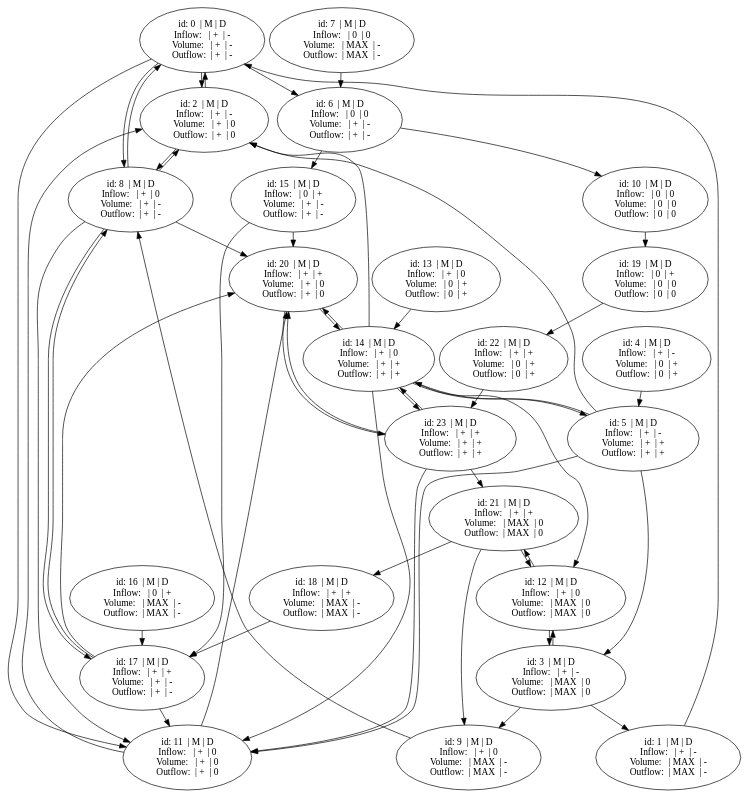
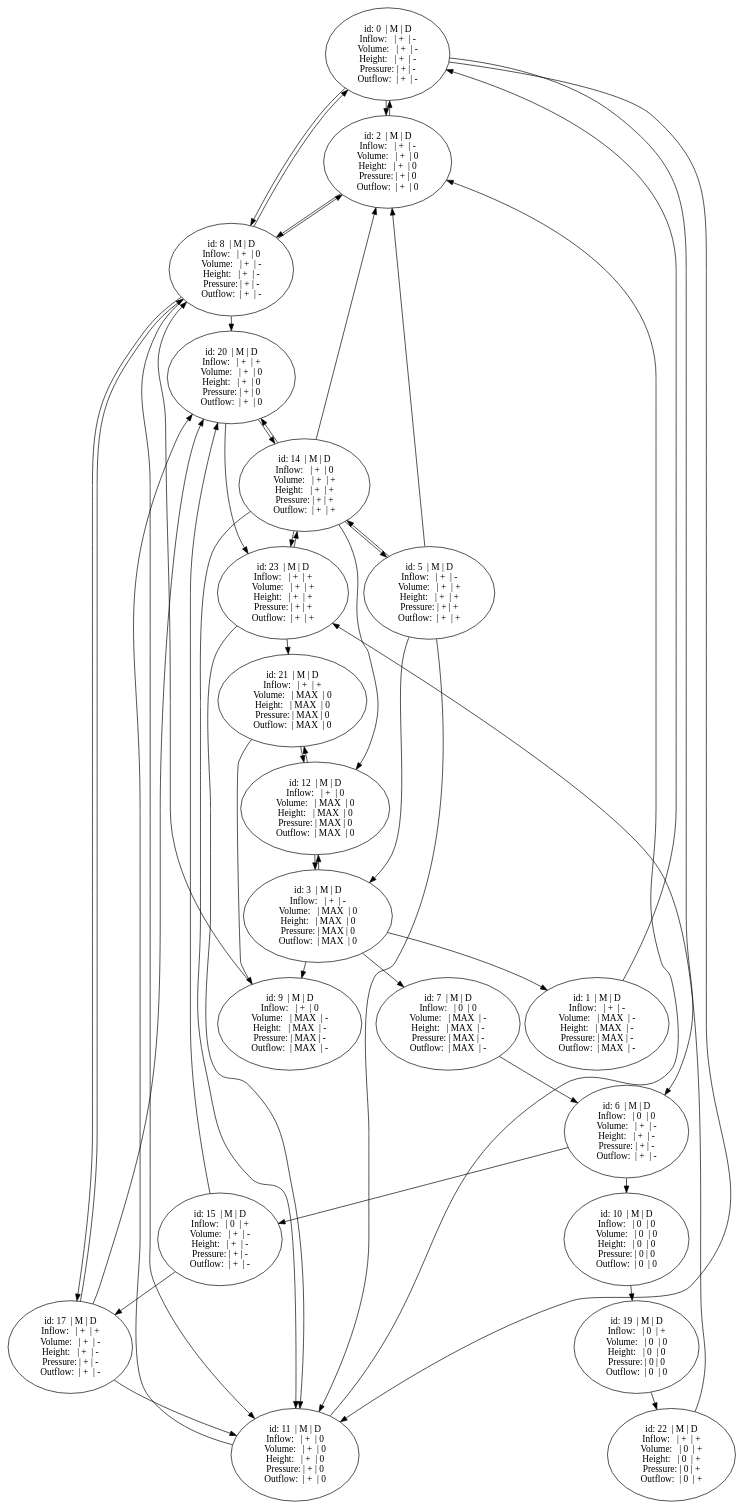
Before and after one commit to JappaB/Knowledge_Representation: the diagram in QR assignment/graph.gv, drawn with Graphviz. The commit also changed 2 other files, not shown here.

```diff
--- a/QR assignment/graph.gv
+++ b/QR assignment/graph.gv
@@ -1,177 +1,192 @@
 digraph {
 	graph [center=true margin=0.2 nodesep=0.1 rankdir=UD ranksep=0.3]
 		0 [label="id: 0  | M | D 
 Inflow:   | +  | -
 Volume:   | +  | -
+Height:   | +  | -
+Pressure: | + | -
 Outflow:  | +  | -
 "]
 		1 [label="id: 1  | M | D 
 Inflow:   | +  | -
 Volume:   | MAX  | -
+Height:   | MAX  | -
+Pressure: | MAX | -
 Outflow:  | MAX  | -
 "]
 		2 [label="id: 2  | M | D 
 Inflow:   | +  | -
 Volume:   | +  | 0
+Height:   | +  | 0
+Pressure: | + | 0
 Outflow:  | +  | 0
 "]
 		3 [label="id: 3  | M | D 
 Inflow:   | +  | -
 Volume:   | MAX  | 0
+Height:   | MAX  | 0
+Pressure: | MAX | 0
 Outflow:  | MAX  | 0
-"]
-		4 [label="id: 4  | M | D 
-Inflow:   | +  | -
-Volume:   | 0  | +
-Outflow:  | 0  | +
 "]
 		5 [label="id: 5  | M | D 
 Inflow:   | +  | -
 Volume:   | +  | +
+Height:   | +  | +
+Pressure: | + | +
 Outflow:  | +  | +
 "]
 		6 [label="id: 6  | M | D 
 Inflow:   | 0  | 0
 Volume:   | +  | -
+Height:   | +  | -
+Pressure: | + | -
 Outflow:  | +  | -
 "]
 		7 [label="id: 7  | M | D 
 Inflow:   | 0  | 0
 Volume:   | MAX  | -
+Height:   | MAX  | -
+Pressure: | MAX | -
 Outflow:  | MAX  | -
 "]
 		8 [label="id: 8  | M | D 
 Inflow:   | +  | 0
 Volume:   | +  | -
+Height:   | +  | -
+Pressure: | + | -
 Outflow:  | +  | -
 "]
 		9 [label="id: 9  | M | D 
 Inflow:   | +  | 0
 Volume:   | MAX  | -
+Height:   | MAX  | -
+Pressure: | MAX | -
 Outflow:  | MAX  | -
 "]
 		10 [label="id: 10  | M | D 
 Inflow:   | 0  | 0
 Volume:   | 0  | 0
+Height:   | 0  | 0
+Pressure: | 0 | 0
 Outflow:  | 0  | 0
 "]
 		11 [label="id: 11  | M | D 
 Inflow:   | +  | 0
 Volume:   | +  | 0
+Height:   | +  | 0
+Pressure: | + | 0
 Outflow:  | +  | 0
 "]
 		12 [label="id: 12  | M | D 
 Inflow:   | +  | 0
 Volume:   | MAX  | 0
+Height:   | MAX  | 0
+Pressure: | MAX | 0
 Outflow:  | MAX  | 0
-"]
-		13 [label="id: 13  | M | D 
-Inflow:   | +  | 0
-Volume:   | 0  | +
-Outflow:  | 0  | +
 "]
 		14 [label="id: 14  | M | D 
 Inflow:   | +  | 0
 Volume:   | +  | +
+Height:   | +  | +
+Pressure: | + | +
 Outflow:  | +  | +
 "]
 		15 [label="id: 15  | M | D 
 Inflow:   | 0  | +
 Volume:   | +  | -
+Height:   | +  | -
+Pressure: | + | -
 Outflow:  | +  | -
-"]
-		16 [label="id: 16  | M | D 
-Inflow:   | 0  | +
-Volume:   | MAX  | -
-Outflow:  | MAX  | -
 "]
 		17 [label="id: 17  | M | D 
 Inflow:   | +  | +
 Volume:   | +  | -
+Height:   | +  | -
+Pressure: | + | -
 Outflow:  | +  | -
-"]
-		18 [label="id: 18  | M | D 
-Inflow:   | +  | +
-Volume:   | MAX  | -
-Outflow:  | MAX  | -
 "]
 		19 [label="id: 19  | M | D 
 Inflow:   | 0  | +
 Volume:   | 0  | 0
+Height:   | 0  | 0
+Pressure: | 0 | 0
 Outflow:  | 0  | 0
 "]
 		20 [label="id: 20  | M | D 
 Inflow:   | +  | +
 Volume:   | +  | 0
+Height:   | +  | 0
+Pressure: | + | 0
 Outflow:  | +  | 0
 "]
 		21 [label="id: 21  | M | D 
 Inflow:   | +  | +
 Volume:   | MAX  | 0
+Height:   | MAX  | 0
+Pressure: | MAX | 0
 Outflow:  | MAX  | 0
 "]
 		22 [label="id: 22  | M | D 
 Inflow:   | +  | +
 Volume:   | 0  | +
+Height:   | 0  | +
+Pressure: | 0 | +
 Outflow:  | 0  | +
 "]
 		23 [label="id: 23  | M | D 
 Inflow:   | +  | +
 Volume:   | +  | +
+Height:   | +  | +
+Pressure: | + | +
 Outflow:  | +  | +
 "]
 			1 -> 0
 			0 -> 2
 			2 -> 0
 			0 -> 6
 			0 -> 8
 			8 -> 0
 			0 -> 11
 			3 -> 1
 			5 -> 2
 			2 -> 8
 			8 -> 2
 			11 -> 2
 			14 -> 2
 			5 -> 3
+			3 -> 7
 			3 -> 9
 			3 -> 12
 			12 -> 3
-			4 -> 5
 			5 -> 11
 			5 -> 14
 			14 -> 5
 			7 -> 6
 			6 -> 10
 			6 -> 15
 			9 -> 8
 			8 -> 11
 			8 -> 17
 			17 -> 8
 			8 -> 20
 			21 -> 9
 			10 -> 19
 			14 -> 11
 			17 -> 11
 			11 -> 20
 			23 -> 11
 			14 -> 12
 			12 -> 21
 			21 -> 12
-			13 -> 14
 			14 -> 20
 			20 -> 14
 			14 -> 23
 			23 -> 14
 			15 -> 17
 			15 -> 20
-			16 -> 17
-			18 -> 17
 			17 -> 20
-			21 -> 18
 			19 -> 22
 			20 -> 23
-			23 -> 20
 			23 -> 21
 			22 -> 23
 }
```
